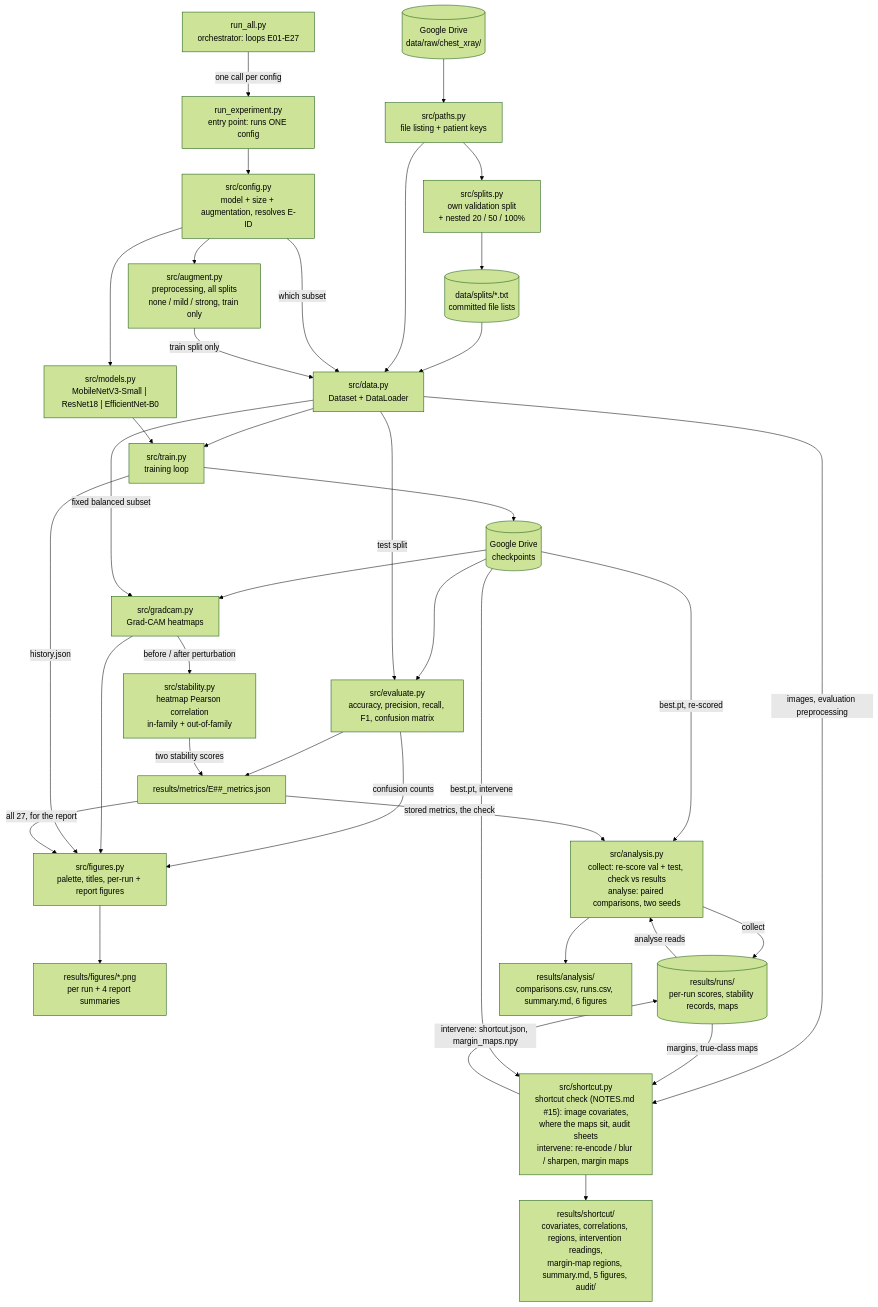
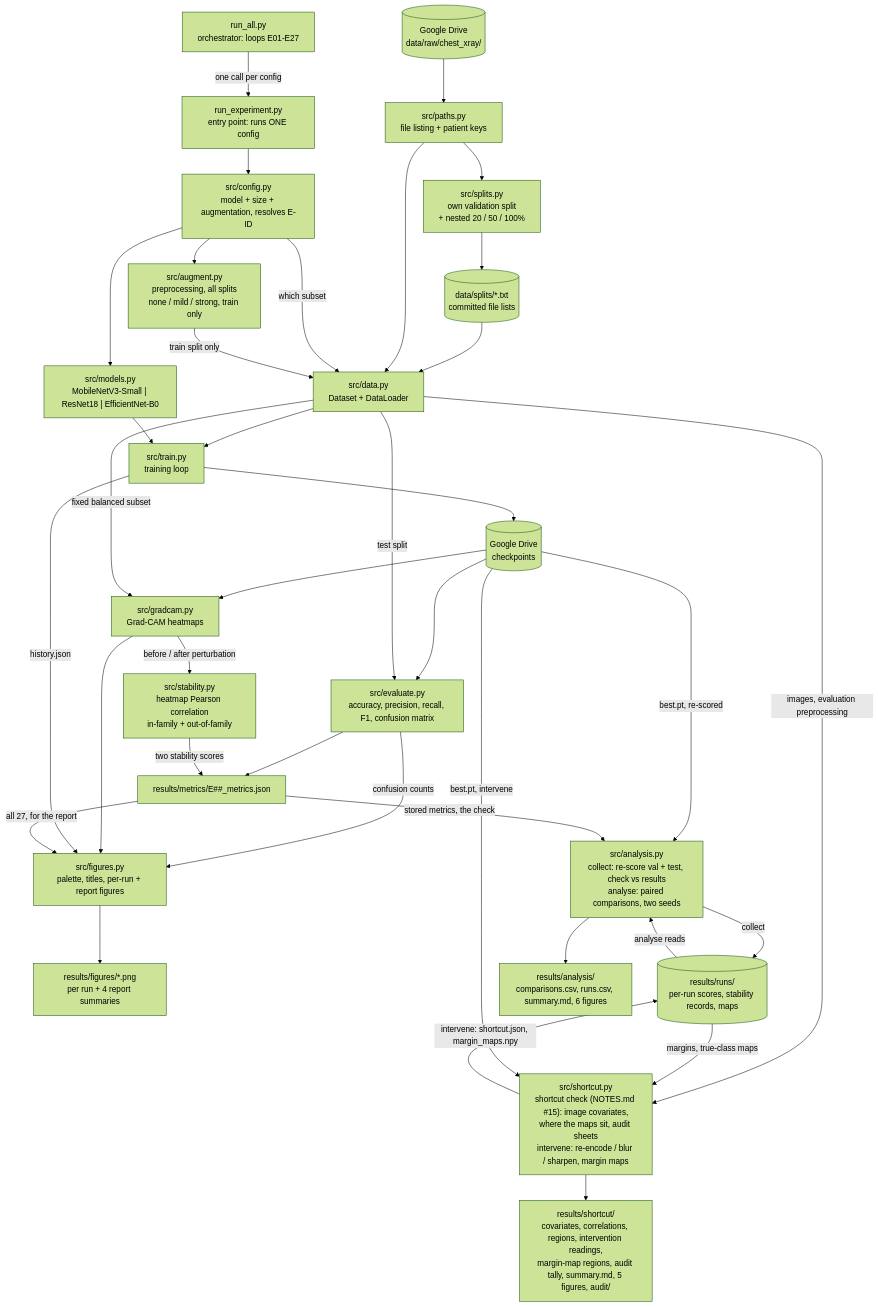
The diagram in docs/architecture.md (orbakish/limited-data-pneumonia-classification), drawn with Mermaid (forest theme) before and after one commit. The commit also changed other lines of this file and 3 other files, not shown here.

First line of the commit message:
Add the shortcut audit's tally (#15): the labels joined to the runs, and checked against the region statistics

````diff
--- a/docs/architecture.md
+++ b/docs/architecture.md
@@ -14,75 +14,75 @@
 ```mermaid
 flowchart TD
     RA["run_all.py<br/>orchestrator: loops E01-E27"]
     RE["run_experiment.py<br/>entry point: runs ONE config"]
     CFG["src/config.py<br/>model + size + augmentation, resolves E-ID"]
 
     RA -->|"one call per config"| RE
     RE --> CFG
 
     RAW[("Google Drive<br/>data/raw/chest_xray/")]
     PTH["src/paths.py<br/>file listing + patient keys"]
     SPL["src/splits.py<br/>own validation split<br/>+ nested 20 / 50 / 100%"]
     LST[("data/splits/*.txt<br/>committed file lists")]
     DS["src/data.py<br/>Dataset + DataLoader"]
     AUG["src/augment.py<br/>preprocessing, all splits<br/>none / mild / strong, train only"]
 
     RAW --> PTH
     PTH --> SPL
     SPL --> LST
     LST --> DS
     PTH --> DS
     CFG -->|"which subset"| DS
     AUG -->|"train split only"| DS
     CFG --> AUG
 
     MOD["src/models.py<br/>MobileNetV3-Small | ResNet18 | EfficientNet-B0"]
     TR["src/train.py<br/>training loop"]
     CKPT[("Google Drive<br/>checkpoints")]
 
     CFG --> MOD
     DS --> TR
     MOD --> TR
     TR --> CKPT
 
     EV["src/evaluate.py<br/>accuracy, precision, recall, F1, confusion matrix"]
     GC["src/gradcam.py<br/>Grad-CAM heatmaps"]
     ST["src/stability.py<br/>heatmap Pearson correlation<br/>in-family + out-of-family"]
 
     CKPT --> EV
     CKPT --> GC
     DS -->|"test split"| EV
     DS -->|"fixed balanced subset"| GC
     GC -->|"before / after perturbation"| ST
 
     FG["src/figures.py<br/>palette, titles, per-run + report figures"]
     MET["results/metrics/E##_metrics.json"]
     FIG["results/figures/*.png<br/>per run + 4 report summaries"]
 
     EV --> MET
     ST -->|"two stability scores"| MET
     EV -->|"confusion counts"| FG
     GC --> FG
     TR -->|"history.json"| FG
     MET -->|"all 27, for the report"| FG
     FG --> FIG
 
     AN["src/analysis.py<br/>collect: re-score val + test, check vs results<br/>analyse: paired comparisons, two seeds"]
     RUNS[("results/runs/<br/>per-run scores, stability records, maps")]
     OUT["results/analysis/<br/>comparisons.csv, runs.csv, summary.md, 6 figures"]
 
     CKPT -->|"best.pt, re-scored"| AN
     MET -->|"stored metrics, the check"| AN
     AN -->|"collect"| RUNS
     RUNS -->|"analyse reads"| AN
     AN --> OUT
 
     SC["src/shortcut.py<br/>shortcut check (NOTES.md #15): image covariates,<br/>where the maps sit, audit sheets<br/>intervene: re-encode / blur / sharpen, margin maps"]
-    SCO["results/shortcut/<br/>covariates, correlations, regions, intervention readings,<br/>margin-map regions, summary.md, 5 figures, audit/"]
+    SCO["results/shortcut/<br/>covariates, correlations, regions, intervention readings,<br/>margin-map regions, audit tally, summary.md, 5 figures, audit/"]
 
     DS -->|"images, evaluation preprocessing"| SC
     RUNS -->|"margins, true-class maps"| SC
     CKPT -->|"best.pt, intervene"| SC
     SC -->|"intervene: shortcut.json, margin_maps.npy"| RUNS
     SC --> SCO
 ```
````
